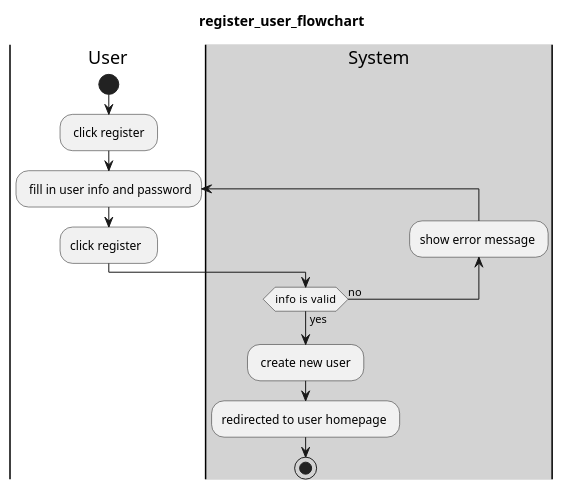
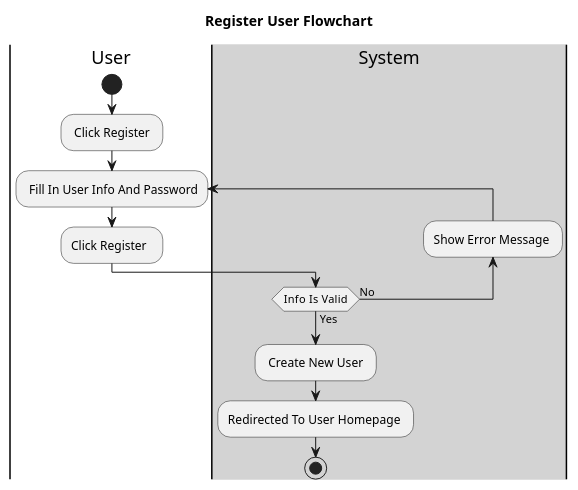
Before and after one commit to KTPx4/Social_Media: the diagram in Diagram/flowchart/account/register_user_flowchart.wsd, drawn with PlantUML. The commit also changed 10 other files, not shown here.

Commit message:
PHuc | change flowchart

```diff
--- a/Diagram/flowchart/account/register_user_flowchart.wsd
+++ b/Diagram/flowchart/account/register_user_flowchart.wsd
@@ -1,14 +1,14 @@
 @startuml 
-title register_user_flowchart
+title Register User Flowchart
 |User|
 start
-: click register ;  
-repeat: fill in user info and password; 
-:click register  ;
+: Click Register ;  
+repeat: Fill In User Info And Password; 
+:Click Register  ;
 |#lightgray|System|
-backward:show error message ;
-repeat while(info  is valid) is (no) not (yes)
-: create new user ;
-:redirected to user homepage ; 
+backward:Show Error Message ;
+repeat while(Info  Is Valid) is (No) not (Yes)
+: Create New User ;
+:Redirected To User Homepage ; 
 stop
 @enduml
```
